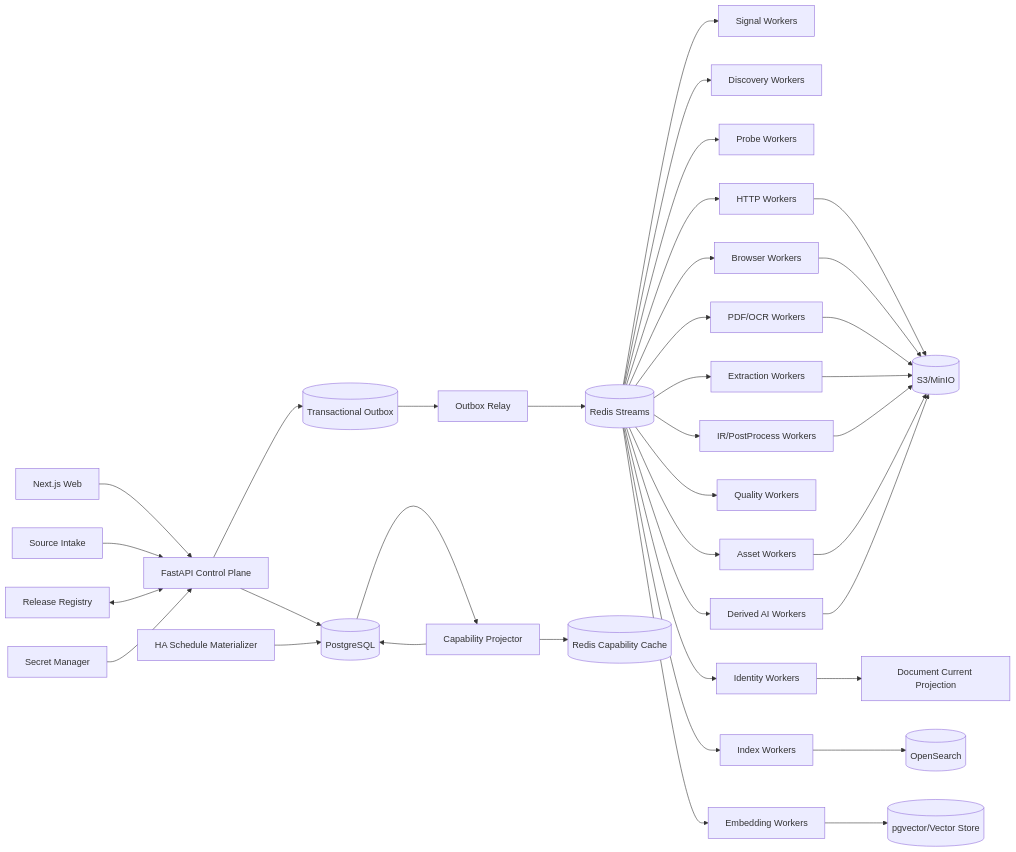
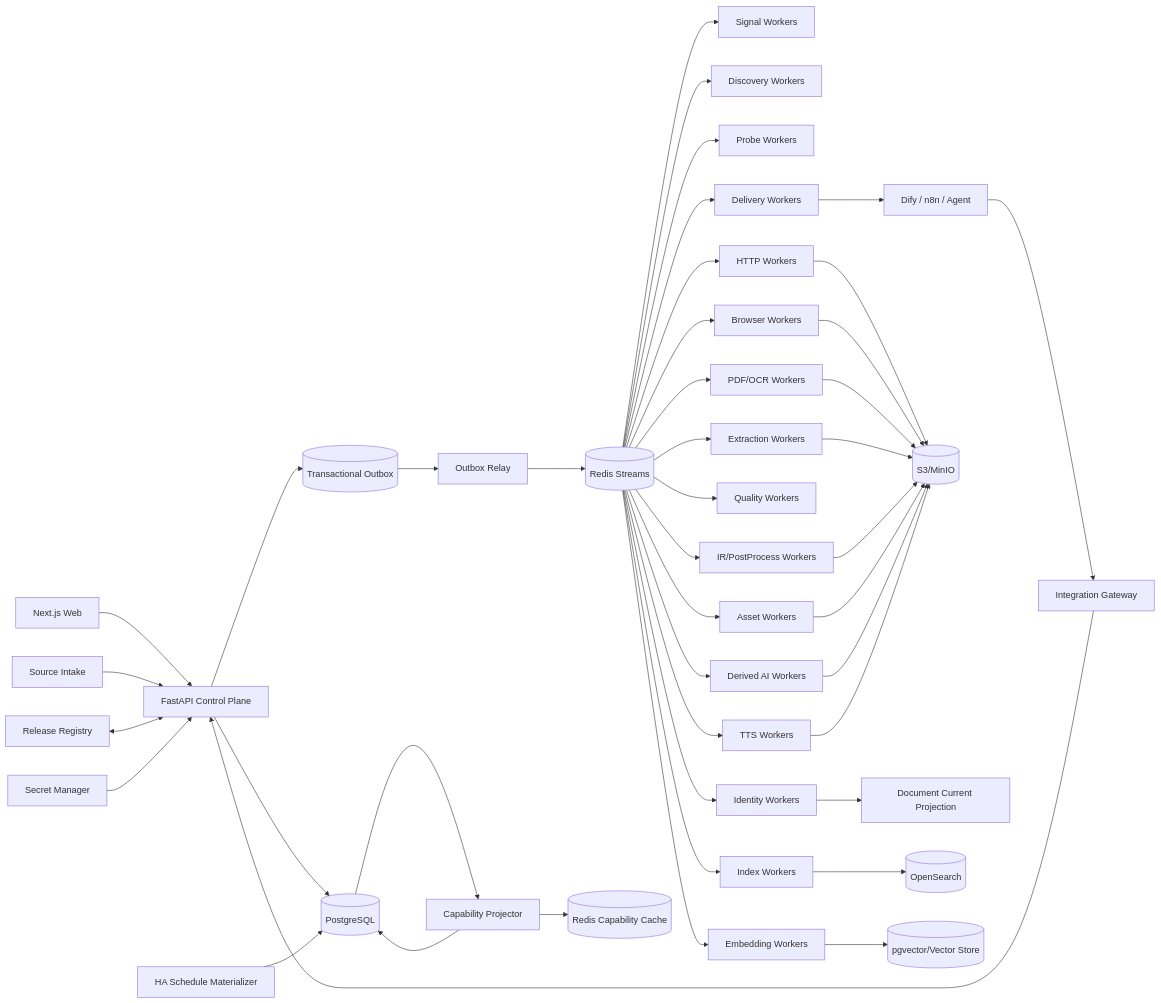
The diagram in 博客知识库技术方案.md (WorkerXu/my-doc), drawn with Mermaid before and after one commit. The commit also changed other lines of this file, not shown here.

````diff
--- a/博客知识库技术方案.md
+++ b/博客知识库技术方案.md
@@ -127,44 +138,50 @@
 ```mermaid
 flowchart LR
     UI[Next.js Web] --> API[FastAPI Control Plane]
     SI[Source Intake] --> API
+    EXT[Dify / n8n / Agent] --> GW[Integration Gateway]
+    GW --> API
     API --> PG[(PostgreSQL)]
     API --> OUT[(Transactional Outbox)]
     SCH[HA Schedule Materializer] --> PG
     REG[Release Registry] <--> API
     SEC[Secret Manager] --> API
 
     OUT --> RELAY[Outbox Relay]
     RELAY --> Q[(Redis Streams)]
 
     Q --> SG[Signal Workers]
     Q --> DW[Discovery Workers]
     Q --> PW[Probe Workers]
     Q --> HF[HTTP Workers]
     Q --> BW[Browser Workers]
     Q --> PDF[PDF/OCR Workers]
     Q --> EX[Extraction Workers]
     Q --> PP[IR/PostProcess Workers]
     Q --> QV[Quality Workers]
     Q --> ID[Identity Workers]
     Q --> AW[Asset Workers]
     Q --> IX[Index Workers]
     Q --> EW[Embedding Workers]
     Q --> AI[Derived AI Workers]
+    Q --> TT[TTS Workers]
+    Q --> DL[Delivery Workers]
 
     CAP[Capability Projector] --> PG
     PG --> CAP
     CAP --> RC[(Redis Capability Cache)]
 
     HF --> OBJ[(S3/MinIO)]
     BW --> OBJ
     PDF --> OBJ
     EX --> OBJ
     PP --> OBJ
     AW --> OBJ
     AI --> OBJ
+    TT --> OBJ
+    DL --> EXT
 
     ID --> CUR[Document Current Projection]
     IX --> SEARCH[(OpenSearch)]
     EW --> VEC[(pgvector/Vector Store)]
 ```
````
